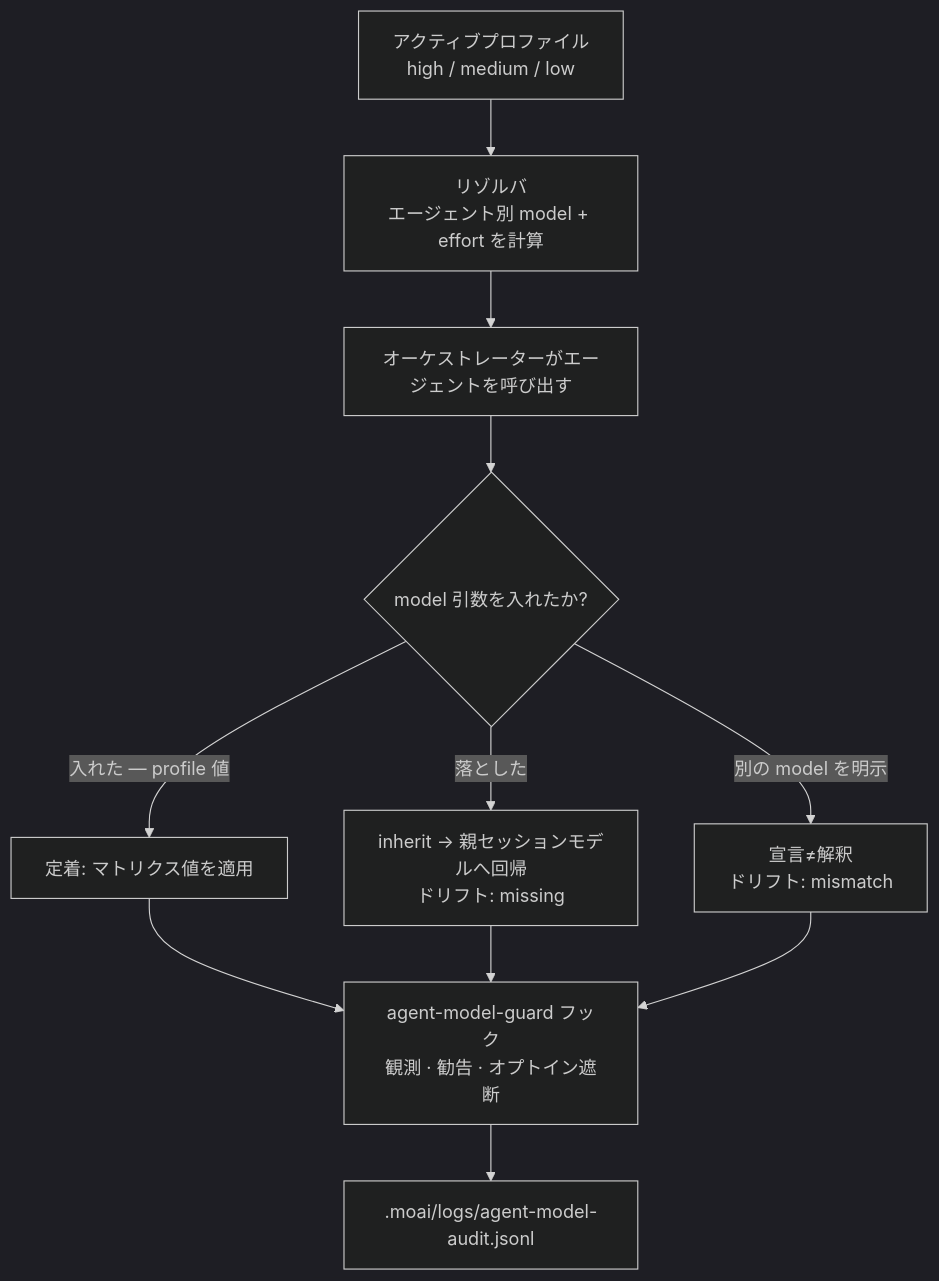
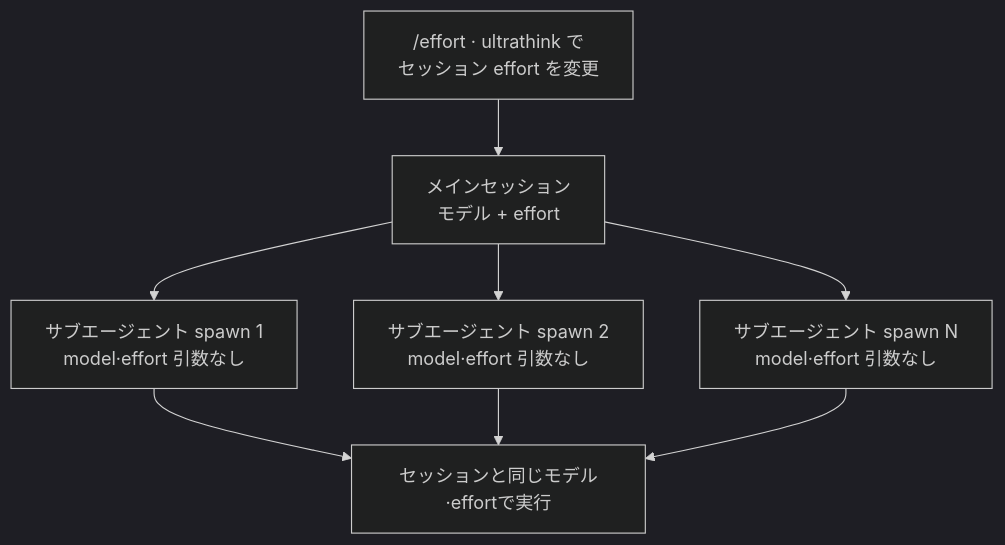
One commit to modu-ai/moai-adk changed the diagram in docs-site/content/ja/multi-llm/model-policy.md. Above: the diagram before and after it, drawn with Mermaid (dark theme). The commit also changed other lines of this file and 21 other files, not shown here.

````diff
--- a/docs-site/content/ja/multi-llm/model-policy.md
+++ b/docs-site/content/ja/multi-llm/model-policy.md
@@ -154,13 +72,10 @@
 ```mermaid
 flowchart TD
-    A["アクティブプロファイル<br/>high / medium / low"] --> B["リゾルバ<br/>エージェント別 model + effort を計算"]
-    B --> C["オーケストレーターがエージェントを呼び出す"]
-    C --> D{"model 引数を入れたか?"}
-    D -->|"入れた — profile 値"| E["定着: マトリクス値を適用"]
-    D -->|"落とした"| F["inherit → 親セッションモデルへ回帰<br/>ドリフト: missing"]
-    D -->|"別の model を明示"| G["宣言≠解釈<br/>ドリフト: mismatch"]
-    E --> H["agent-model-guard フック<br/>観測 · 勧告 · オプトイン遮断"]
-    F --> H
-    G --> H
-    H --> I[".moai/logs/agent-model-audit.jsonl"]
+    S["メインセッション<br/>モデル + effort"] --> W1["サブエージェント spawn 1<br/>model·effort 引数なし"]
+    S --> W2["サブエージェント spawn 2<br/>model·effort 引数なし"]
+    S --> W3["サブエージェント spawn N<br/>model·effort 引数なし"]
+    W1 --> I["セッションと同じモデル·effortで実行"]
+    W2 --> I
+    W3 --> I
+    E["/effort · ultrathink で<br/>セッション effort を変更"] --> S
 ```
````
